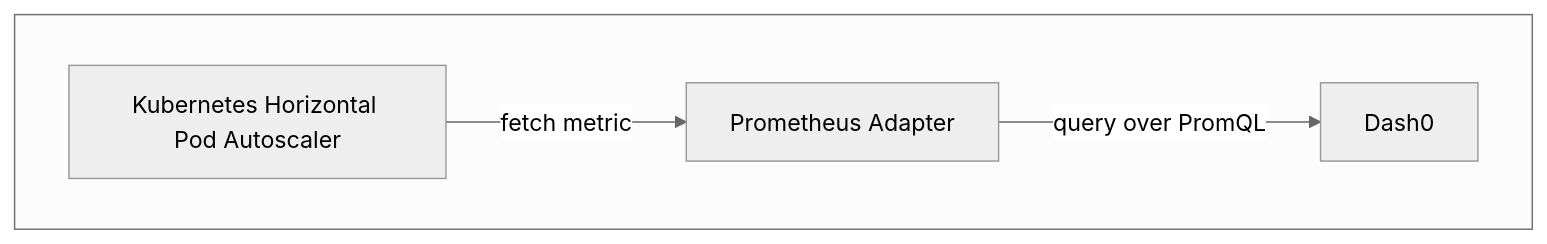
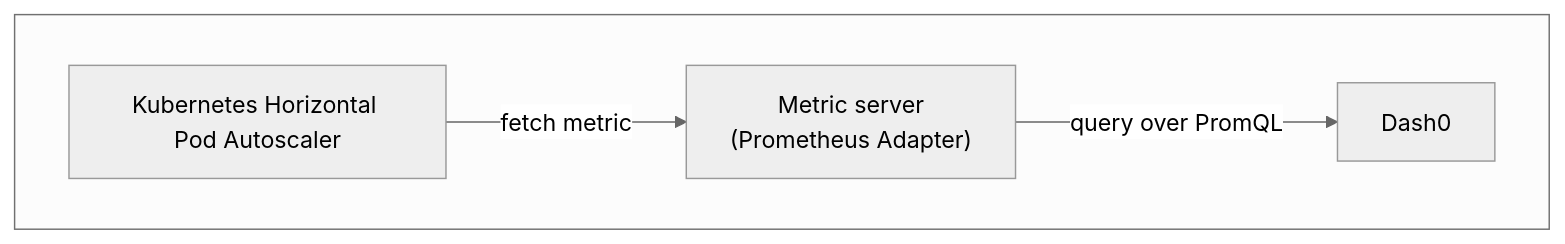
One commit to dash0hq/dash0-k8s-hpa-example changed the diagram in README.md. Above: the diagram before and after it, drawn with Mermaid (neutral theme).

````diff
--- a/README.md
+++ b/README.md
@@ -24,9 +24,9 @@
 ```mermaid
 flowchart TD
 
 subgraph Z[" "]
 direction LR
-    A[Kubernetes Horizontal Pod Autoscaler] -->|fetch metric| P[Prometheus Adapter]
+    A[Kubernetes Horizontal Pod Autoscaler] -->|fetch metric| P["Metric server <br/> (Prometheus Adapter)"]
     P -->|query over PromQL| D[Dash0]
 end
 ```
````
